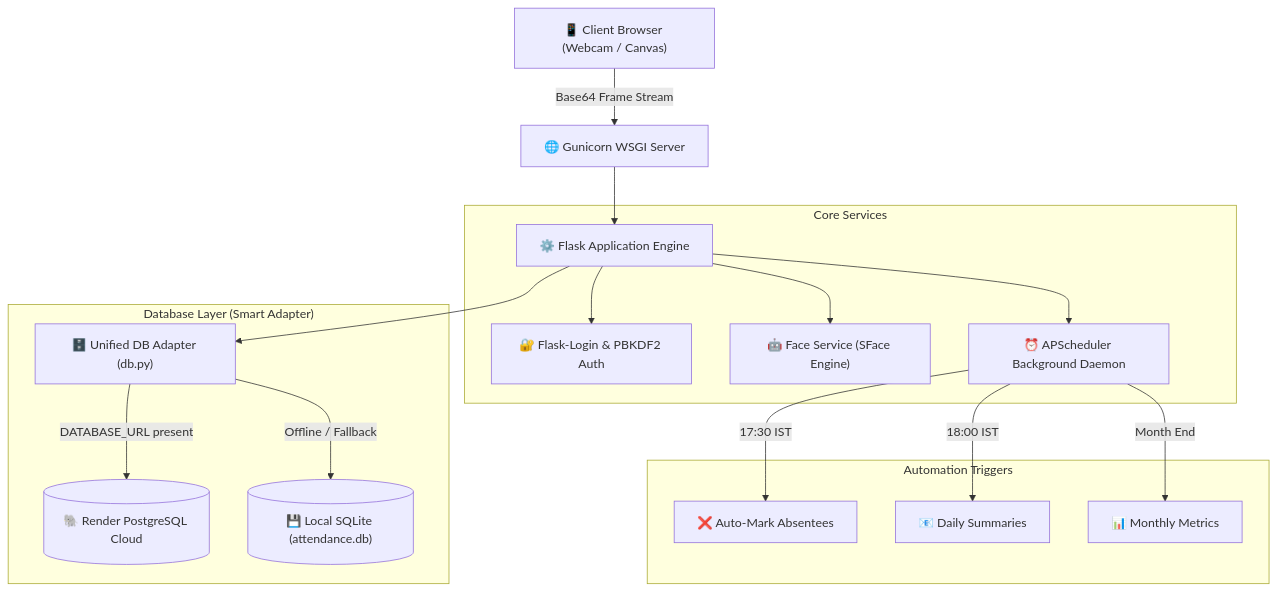
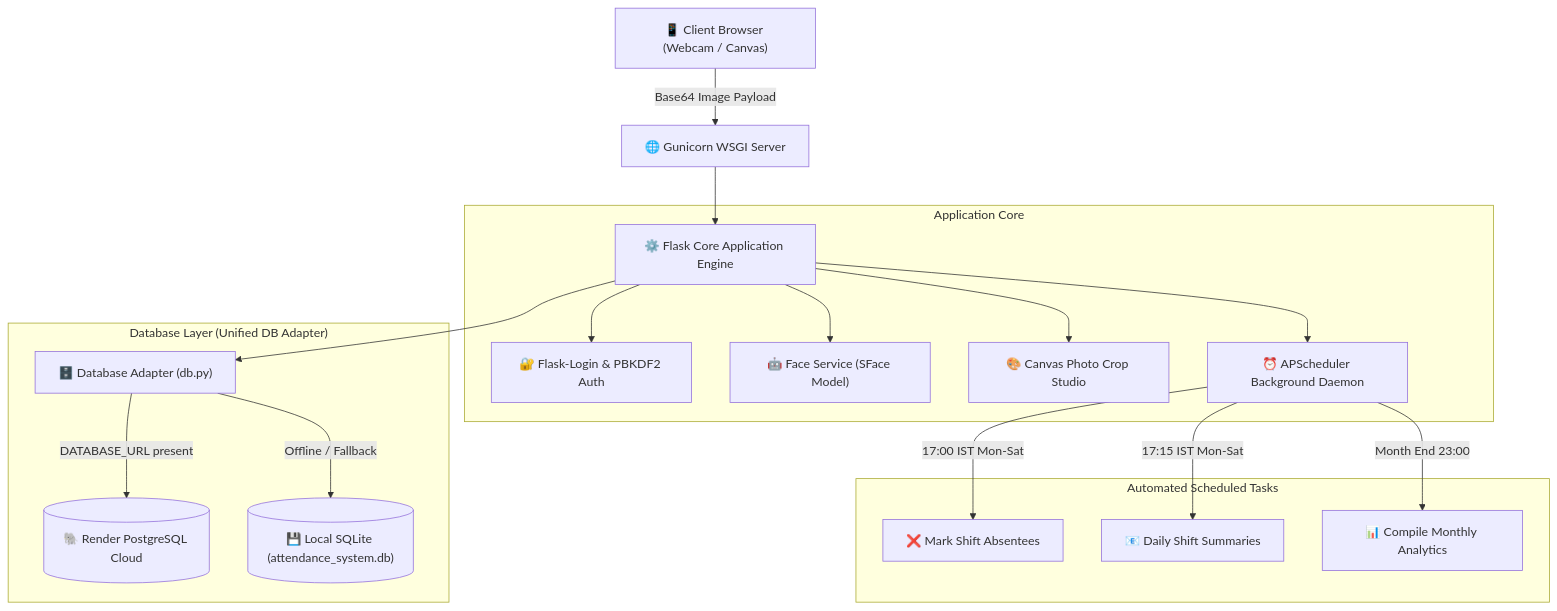
The diagram in README.md (SuprabhSharma/face-attendance-deepface), drawn with Mermaid before and after one commit. The commit also changed other lines of this file, not shown here.

Commit message:
docs: comprehensive update of README.md with 6-day corporate shift rules, 3D branding, interactive photo studio, and 22-endpoint API reference

````diff
--- a/README.md
+++ b/README.md
@@ -57,23 +87,24 @@
 ```mermaid
 graph TD
-    Client["📱 Client Browser (Webcam / Canvas)"] -->|Base64 Frame Stream| Gunicorn["🌐 Gunicorn WSGI Server"]
-    Gunicorn --> FlaskApp["⚙️ Flask Application Engine"]
+    Client["📱 Client Browser (Webcam / Canvas)"] -->|Base64 Image Payload| Gunicorn["🌐 Gunicorn WSGI Server"]
+    Gunicorn --> FlaskApp["⚙️ Flask Core Application Engine"]
     
-    subgraph "Core Services"
+    subgraph "Application Core"
         FlaskApp --> AuthModule["🔐 Flask-Login & PBKDF2 Auth"]
-        FlaskApp --> FaceService["🤖 Face Service (SFace Engine)"]
+        FlaskApp --> FaceService["🤖 Face Service (SFace Model)"]
+        FlaskApp --> PhotoStudio["🎨 Canvas Photo Crop Studio"]
         FlaskApp --> APScheduler["⏰ APScheduler Background Daemon"]
     end
 
-    subgraph "Database Layer (Smart Adapter)"
-        FlaskApp --> DBAdapter["🗄️ Unified DB Adapter (db.py)"]
+    subgraph "Database Layer (Unified DB Adapter)"
+        FlaskApp --> DBAdapter["🗄️ Database Adapter (db.py)"]
         DBAdapter -->|DATABASE_URL present| PostgresDB[("🐘 Render PostgreSQL Cloud")]
-        DBAdapter -->|Offline / Fallback| SQLiteDB[("💾 Local SQLite (attendance.db)")]
+        DBAdapter -->|Offline / Fallback| SQLiteDB[("💾 Local SQLite (attendance_system.db)")]
     end
 
-    subgraph "Automation Triggers"
-        APScheduler -->|17:30 IST| AutoAbsent["❌ Auto-Mark Absentees"]
-        APScheduler -->|18:00 IST| DailySummary["📧 Daily Summaries"]
-        APScheduler -->|Month End| MonthlyReport["📊 Monthly Metrics"]
+    subgraph "Automated Scheduled Tasks"
+        APScheduler -->|17:00 IST Mon-Sat| AutoAbsent["❌ Mark Shift Absentees"]
+        APScheduler -->|17:15 IST Mon-Sat| DailySummary["📧 Daily Shift Summaries"]
+        APScheduler -->|Month End 23:00| MonthlyReport["📊 Compile Monthly Analytics"]
     end
 ```
````
